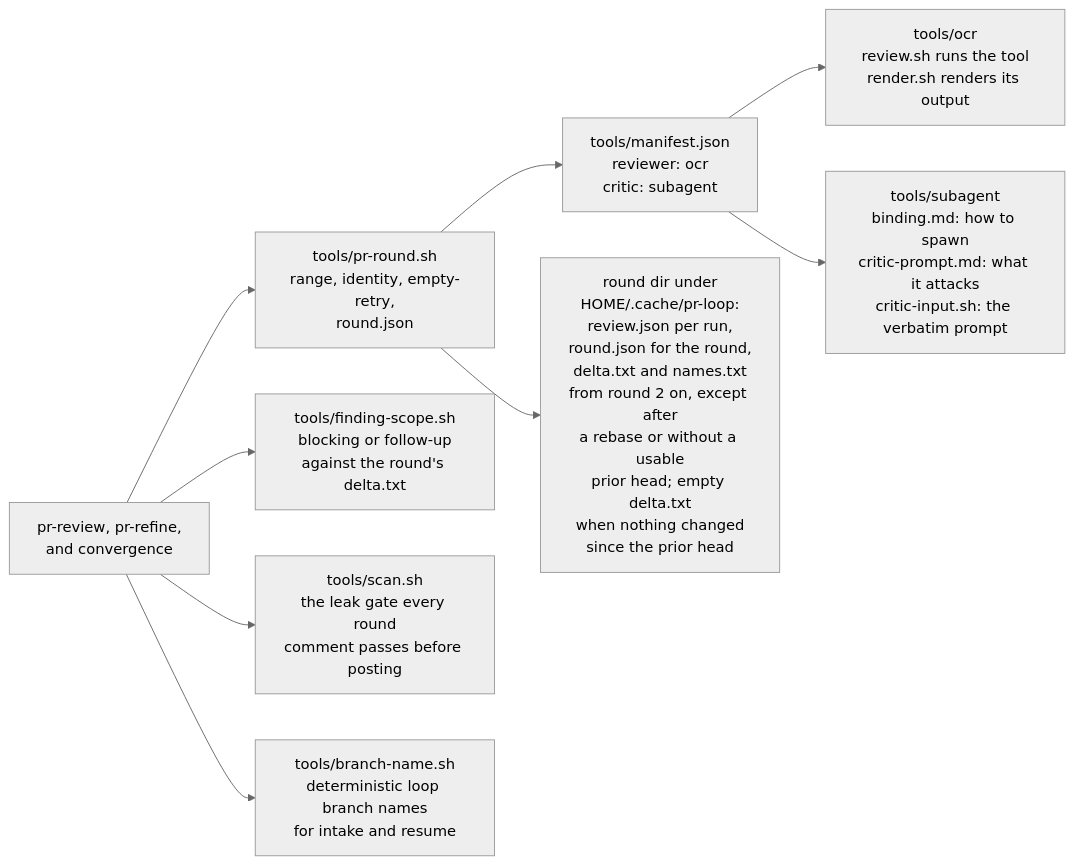
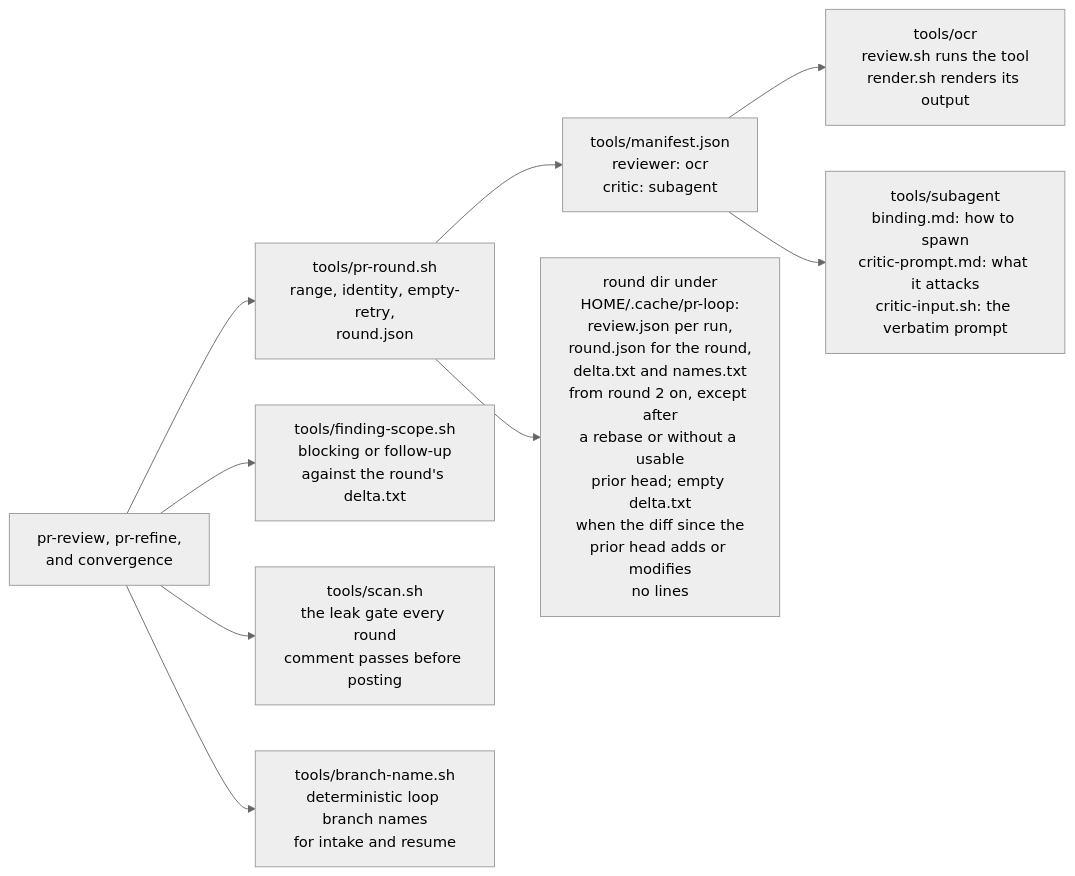
One commit to ryankanno/dotfiles changed the second of 2 diagrams in dot_claude/skills/issue-to-pr/flow.md. Above: the diagram before and after it, drawn with Mermaid (neutral theme). The commit also changed 1 other file, not shown here.

Commit message:
docs(claude): say delta.txt is empty when the diff adds no lines
Review round 4 on PR #42 found the wording still wrong: the hunk filter
keeps only hunks that add or modify lines, so a deletion-only,
binary-only or mode-only change also leaves delta.txt empty, not just
an empty commit. flow.md and the pr-round.sh header now say it is empty
when the diff since the prior head adds or modifies no lines. The
behavior that follows from it is issue #43.

````diff
--- a/dot_claude/skills/issue-to-pr/flow.md
+++ b/dot_claude/skills/issue-to-pr/flow.md
@@ -79,11 +79,11 @@
 ```mermaid
 flowchart LR
     S["pr-review, pr-refine,<br/>and convergence"] --> P["tools/pr-round.sh<br/>range, identity, empty-retry,<br/>round.json"]
     P --> M["tools/manifest.json<br/>reviewer: ocr<br/>critic: subagent"]
     S --> FS["tools/finding-scope.sh<br/>blocking or follow-up<br/>against the round's delta.txt"]
     M --> R["tools/ocr<br/>review.sh runs the tool<br/>render.sh renders its output"]
     M --> C["tools/subagent<br/>binding.md: how to spawn<br/>critic-prompt.md: what it attacks<br/>critic-input.sh: the verbatim prompt"]
-    P --> O["round dir under<br/>HOME/.cache/pr-loop:<br/>review.json per run,<br/>round.json for the round,<br/>delta.txt and names.txt<br/>from round 2 on, except after<br/>a rebase or without a usable<br/>prior head; empty delta.txt<br/>when nothing changed<br/>since the prior head"]
+    P --> O["round dir under<br/>HOME/.cache/pr-loop:<br/>review.json per run,<br/>round.json for the round,<br/>delta.txt and names.txt<br/>from round 2 on, except after<br/>a rebase or without a usable<br/>prior head; empty delta.txt<br/>when the diff since the<br/>prior head adds or modifies<br/>no lines"]
     S --> SC["tools/scan.sh<br/>the leak gate every round<br/>comment passes before posting"]
     S --> BN["tools/branch-name.sh<br/>deterministic loop branch names<br/>for intake and resume"]
 ```
````
